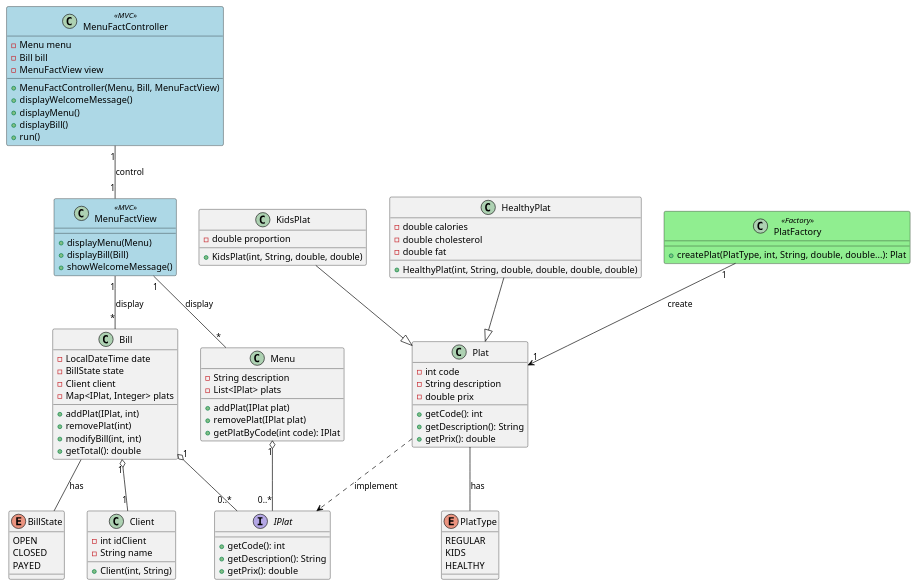
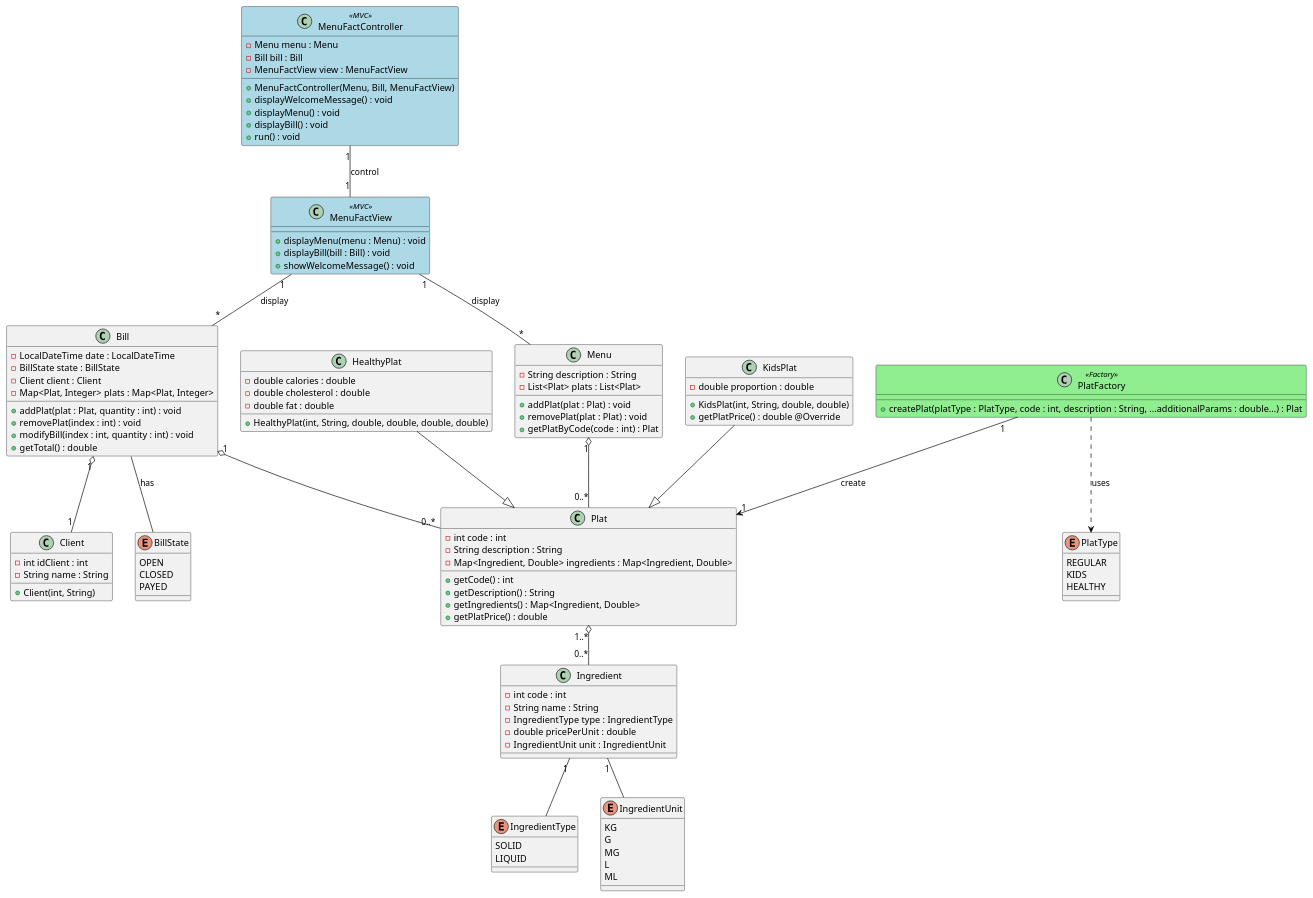
Before and after one commit to ElxHadi/S3-GIF350: the diagram in diagram-class.plantuml, drawn with PlantUML. The commit also changed 14 other files, not shown here.

```diff
--- a/diagram-class.plantuml
+++ b/diagram-class.plantuml
@@ -1,113 +1,133 @@
 @startuml menuFact
 
 skinparam class {
     BackgroundColor<<MVC>> LightBlue
     BackgroundColor<<Factory>> LightGreen
     BorderColor black
     ArrowColor black
     ClassFontColor black
 }
 
 ' // Controller Class (MVC)
 class MenuFactController <<MVC>> {
-    - Menu menu
-    - Bill bill
-    - MenuFactView view
+    - Menu menu : Menu
+    - Bill bill : Bill
+    - MenuFactView view : MenuFactView
     + MenuFactController(Menu, Bill, MenuFactView)
-    + displayWelcomeMessage()
-    + displayMenu()
-    + displayBill()
-    + run()
+    + displayWelcomeMessage() : void
+    + displayMenu() : void
+    + displayBill() : void
+    + run() : void
 }
 
 ' // View Class (MVC)
 class MenuFactView <<MVC>> {
-    + displayMenu(Menu)
-    + displayBill(Bill)
-    + showWelcomeMessage()
+    + displayMenu(menu : Menu) : void
+    + displayBill(bill : Bill) : void
+    + showWelcomeMessage() : void
 }
 
 ' // Models
 class Menu {
-    - String description
-    - List<IPlat> plats
-    + addPlat(IPlat plat)
-    + removePlat(IPlat plat)
-    + getPlatByCode(int code): IPlat
+    - String description : String
+    - List<Plat> plats : List<Plat>
+    + addPlat(plat : Plat) : void
+    + removePlat(plat : Plat) : void
+    + getPlatByCode(code : int) : Plat
 }
 
 class Bill {
-    - LocalDateTime date
-    - BillState state
-    - Client client
-    - Map<IPlat, Integer> plats
-    + addPlat(IPlat, int)
-    + removePlat(int)
-    + modifyBill(int, int)
-    + getTotal(): double
-}
-
-interface IPlat {
-    + getCode(): int
-    + getDescription(): String
-    + getPrix(): double
+    - LocalDateTime date : LocalDateTime
+    - BillState state : BillState
+    - Client client : Client
+    - Map<Plat, Integer> plats : Map<Plat, Integer>
+    + addPlat(plat : Plat, quantity : int) : void
+    + removePlat(index : int) : void
+    + modifyBill(index : int, quantity : int) : void
+    + getTotal() : double
 }
 
 class Plat {
-    - int code
-    - String description
-    - double prix
-    + getCode(): int
-    + getDescription(): String
-    + getPrix(): double
+    - int code : int
+    - String description : String
+    - Map<Ingredient, Double> ingredients : Map<Ingredient, Double>
+    + getCode() : int
+    + getDescription() : String
+    + getIngredients() : Map<Ingredient, Double>
+    + getPlatPrice() : double
 }
 
 class KidsPlat {
-    - double proportion
-    + KidsPlat(int, String, double, double)
+    - double proportion : double
+    + KidsPlat(int, String, double, double) 
+    + getPlatPrice() : double @Override
 }
 
 class HealthyPlat {
-    - double calories
-    - double cholesterol
-    - double fat
+    - double calories : double
+    - double cholesterol : double
+    - double fat : double
     + HealthyPlat(int, String, double, double, double, double)
 }
 
 class Client {
-    - int idClient
-    - String name
+    - int idClient : int
+    - String name : String
     + Client(int, String)
+}
+
+class Ingredient {
+    - int code : int
+    - String name : String
+    - IngredientType type : IngredientType
+    - double pricePerUnit : double
+    - IngredientUnit unit : IngredientUnit
+}
+
+enum IngredientType {
+    SOLID
+    LIQUID
+}
+
+enum IngredientUnit {
+    KG
+    G
+    MG
+    L
+    ML
 }
 
 enum BillState {
     OPEN
     CLOSED
     PAYED
 }
 
 ' // Factory Pattern (Factory)
 class PlatFactory <<Factory>> {
-    + createPlat(PlatType, int, String, double, double...): Plat
+    + createPlat(platType : PlatType, code : int, description : String, ...additionalParams : double...) : Plat
 }
 
 enum PlatType {
     REGULAR
     KIDS
     HEALTHY
 }
 
 ' Associations and cardinalities
 MenuFactController "1" -- "1" MenuFactView : "control"
 MenuFactView "1" -- "*" Menu : "display"
 MenuFactView "1" -- "*" Bill : "display"
-Menu "1" o-- "0..*" IPlat
-Plat ..> IPlat: "implement"
-Bill "1" o-- "0..*" IPlat
+Menu "1" o-- "0..*" Plat
+Bill "1" o-- "0..*" Plat
 Bill "1" o-- "1" Client
 PlatFactory "1" --> "1" Plat : "create"
+PlatFactory ..> PlatType : "uses"
 KidsPlat --|> Plat
 HealthyPlat --|> Plat
 Bill -- BillState : "has"
-Plat -- PlatType : "has"
+Plat "1..*" o-- "0..*" Ingredient
+Ingredient "1" -- IngredientType
+Ingredient "1" -- IngredientUnit
+
 @enduml
```
